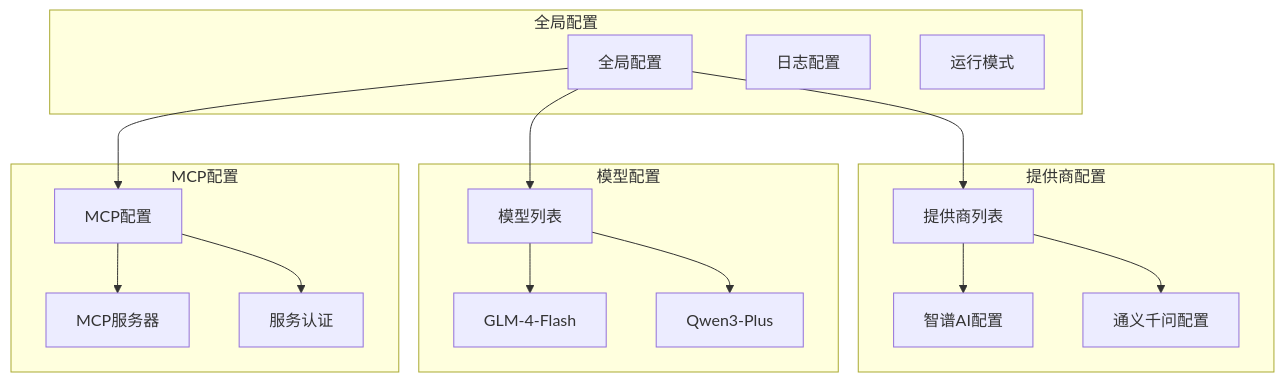
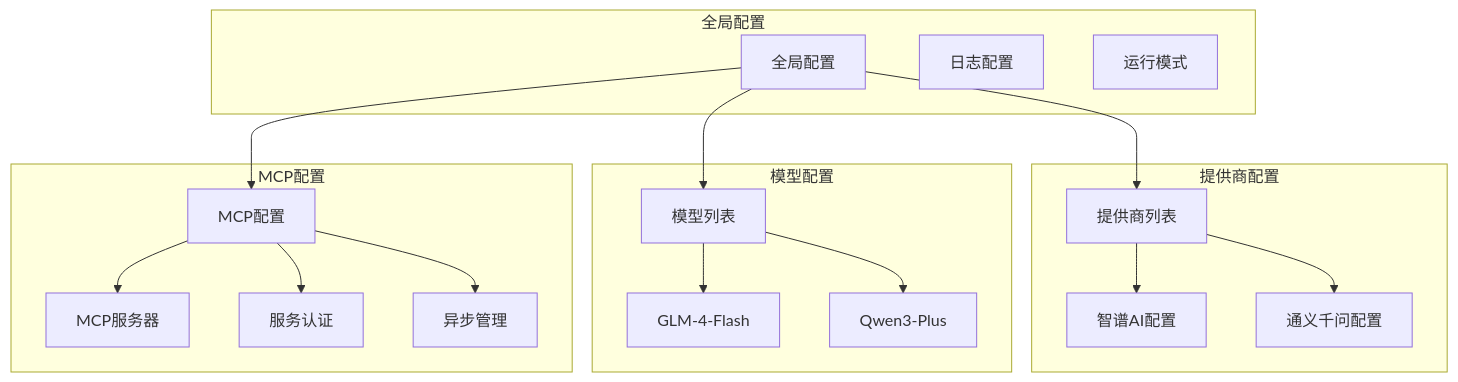
The seventh of 14 diagrams in .qoder/repowiki/zh/content/AI聊天服务迁移指南.md (maomao94/zero-service), drawn with Mermaid before and after one commit. The commit also changed other lines of this file and 42 other files, not shown here.

````diff
--- a/.qoder/repowiki/zh/content/AI聊天服务迁移指南.md
+++ b/.qoder/repowiki/zh/content/AI聊天服务迁移指南.md
@@ -302,32 +346,34 @@
 ```mermaid
 graph TB
 subgraph "全局配置"
 Global[全局配置]
 Log[日志配置]
 Mode[运行模式]
 end
 subgraph "提供商配置"
 Providers[提供商列表]
 Provider1[智谱AI配置]
 Provider2[通义千问配置]
 end
 subgraph "模型配置"
 Models[模型列表]
 Model1[GLM-4-Flash]
 Model2[Qwen3-Plus]
 end
 subgraph "MCP配置"
 MCP[MCP配置]
 Servers[MCP服务器]
 Auth[服务认证]
+Async[异步管理]
 end
 Global --> Providers
 Global --> Models
 Global --> MCP
 Providers --> Provider1
 Providers --> Provider2
 Models --> Model1
 Models --> Model2
 MCP --> Servers
 MCP --> Auth
+MCP --> Async
 ```
````
